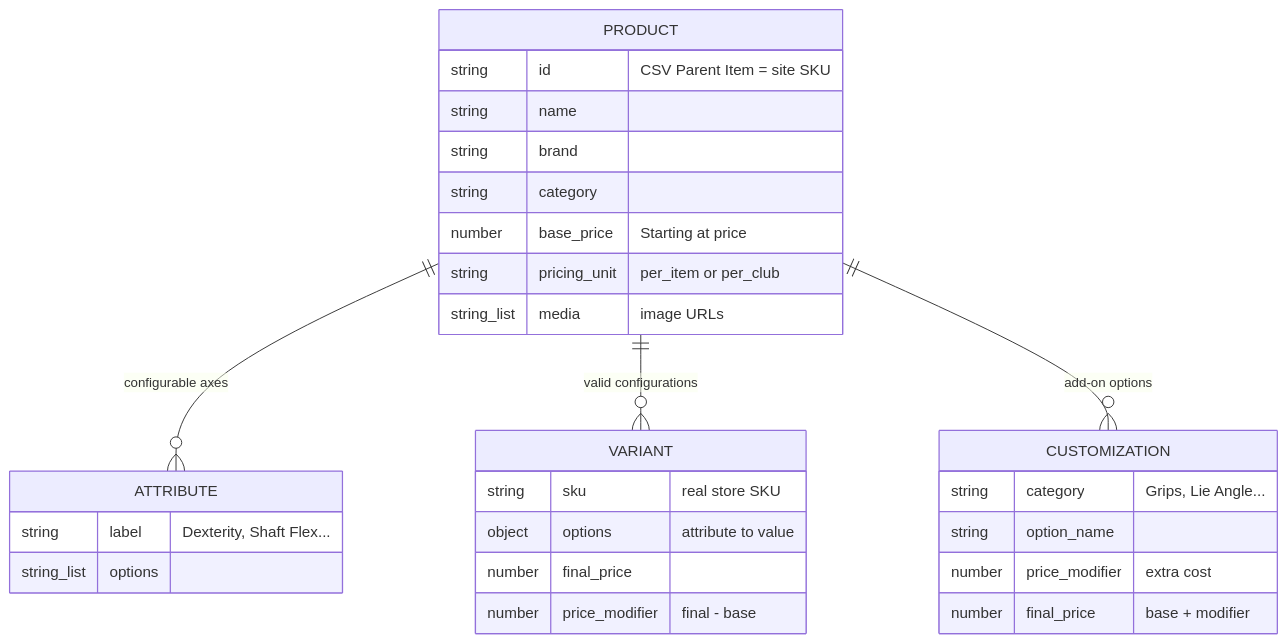
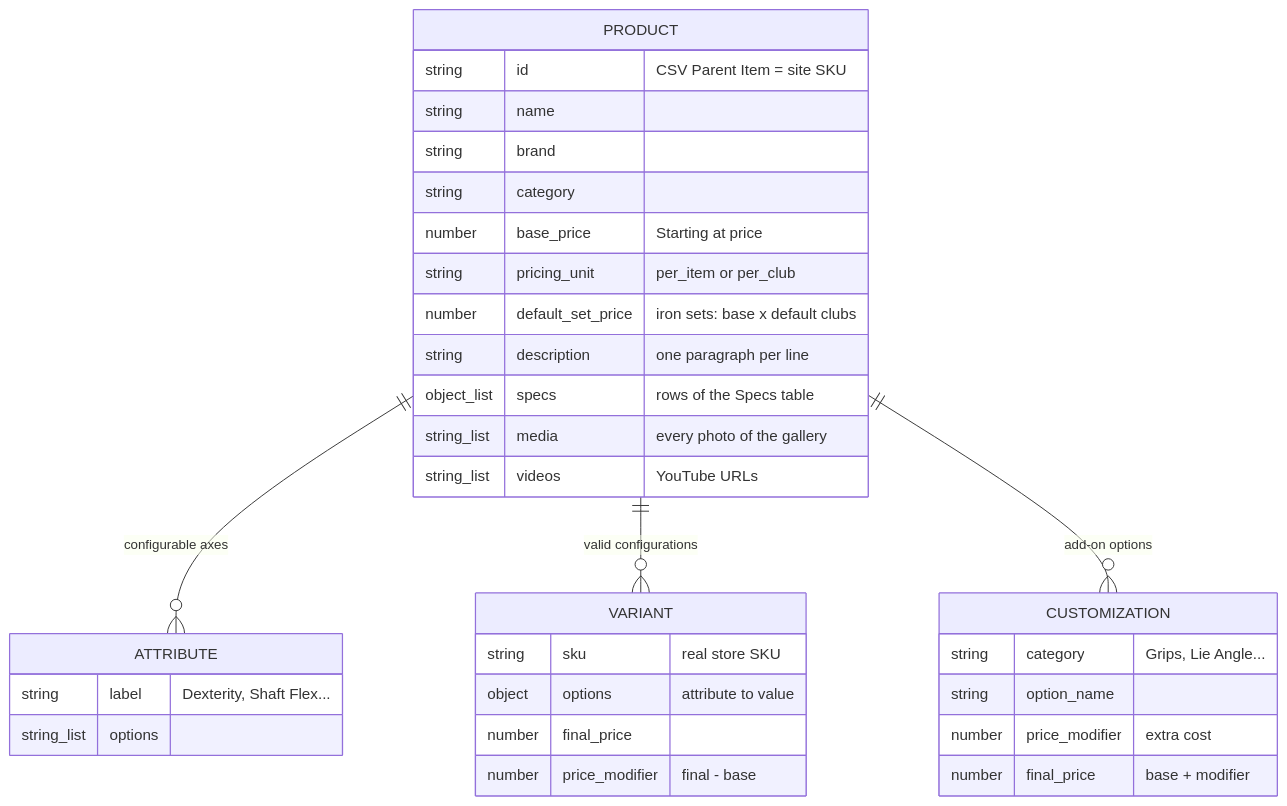
One commit to RLFreddy/retail-acquisition-engine changed the first of 4 diagrams in DOCUMENTATION.md. Above: the diagram before and after it, drawn with Mermaid. The commit also changed other lines of this file and 5 other files, not shown here.

````diff
--- a/DOCUMENTATION.md
+++ b/DOCUMENTATION.md
@@ -20,31 +20,35 @@
 ```mermaid
 erDiagram
     PRODUCT ||--o{ ATTRIBUTE : "configurable axes"
     PRODUCT ||--o{ VARIANT : "valid configurations"
     PRODUCT ||--o{ CUSTOMIZATION : "add-on options"
     PRODUCT {
         string id "CSV Parent Item = site SKU"
         string name
         string brand
         string category
         number base_price "Starting at price"
         string pricing_unit "per_item or per_club"
-        string_list media "image URLs"
+        number default_set_price "iron sets: base x default clubs"
+        string description "one paragraph per line"
+        object_list specs "rows of the Specs table"
+        string_list media "every photo of the gallery"
+        string_list videos "YouTube URLs"
     }
     ATTRIBUTE {
         string label "Dexterity, Shaft Flex..."
         string_list options
     }
     VARIANT {
         string sku "real store SKU"
         object options "attribute to value"
         number final_price
         number price_modifier "final - base"
     }
     CUSTOMIZATION {
         string category "Grips, Lie Angle..."
         string option_name
         number price_modifier "extra cost"
         number final_price "base + modifier"
     }
 ```
````
